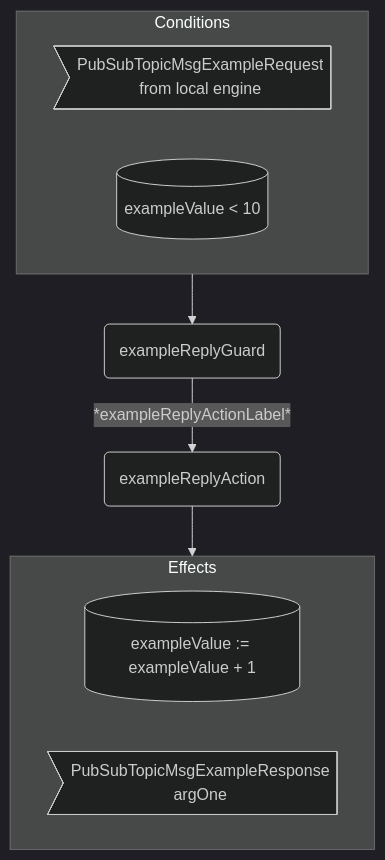
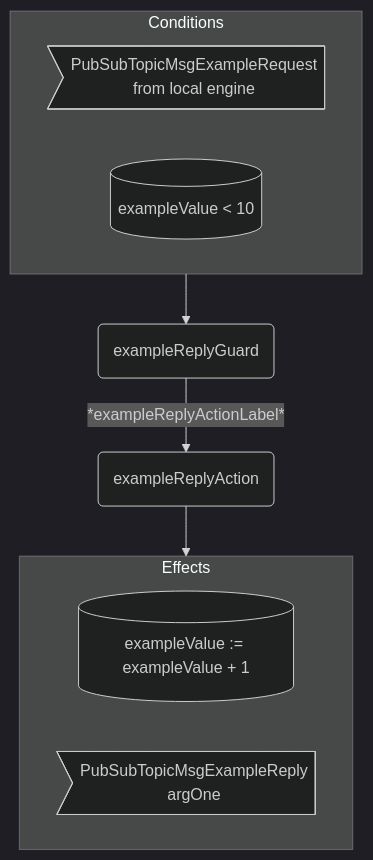
Before and after one commit to anoma/nspec: the diagram in docs/arch/node/net/pub_sub_topic_behaviour.juvix.md, drawn with Mermaid (dark theme). The commit also changed other lines of this file and 37 other files, not shown here.

Commit message:
Renamed all instances of "Response" to "Reply" in message interfaces for consistency across commitment, decryption, identity management, and other engines.

````diff
--- a/docs/arch/node/net/pub_sub_topic_behaviour.juvix.md
+++ b/docs/arch/node/net/pub_sub_topic_behaviour.juvix.md
@@ -310,17 +310,17 @@
 ```mermaid
 flowchart TD
   subgraph C[Conditions]
     CMsg>PubSubTopicMsgExampleRequest<br/>from local engine]
     CEnv[(exampleValue < 10)]
   end
 
   G(exampleReplyGuard)
   A(exampleReplyAction)
 
   C --> G -- *exampleReplyActionLabel* --> A --> E
 
   subgraph E[Effects]
     EEnv[(exampleValue := exampleValue + 1)]
-    EMsg>PubSubTopicMsgExampleResponse<br/>argOne]
+    EMsg>PubSubTopicMsgExampleReply<br/>argOne]
   end
 ```
````
